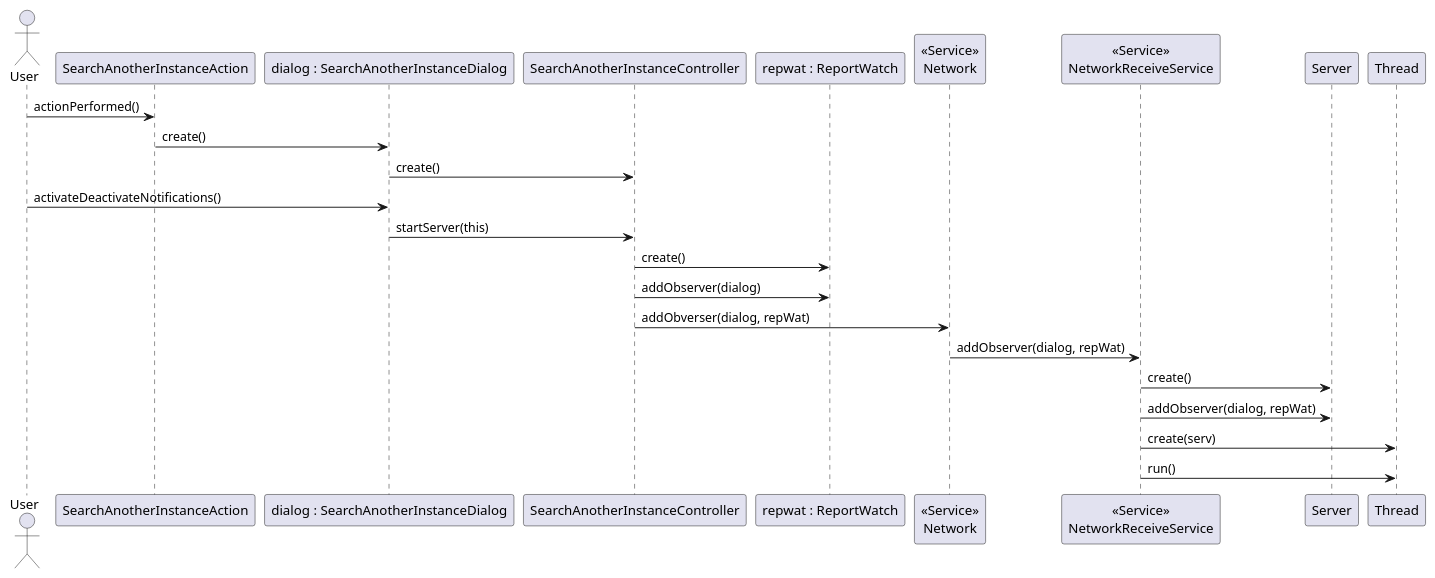
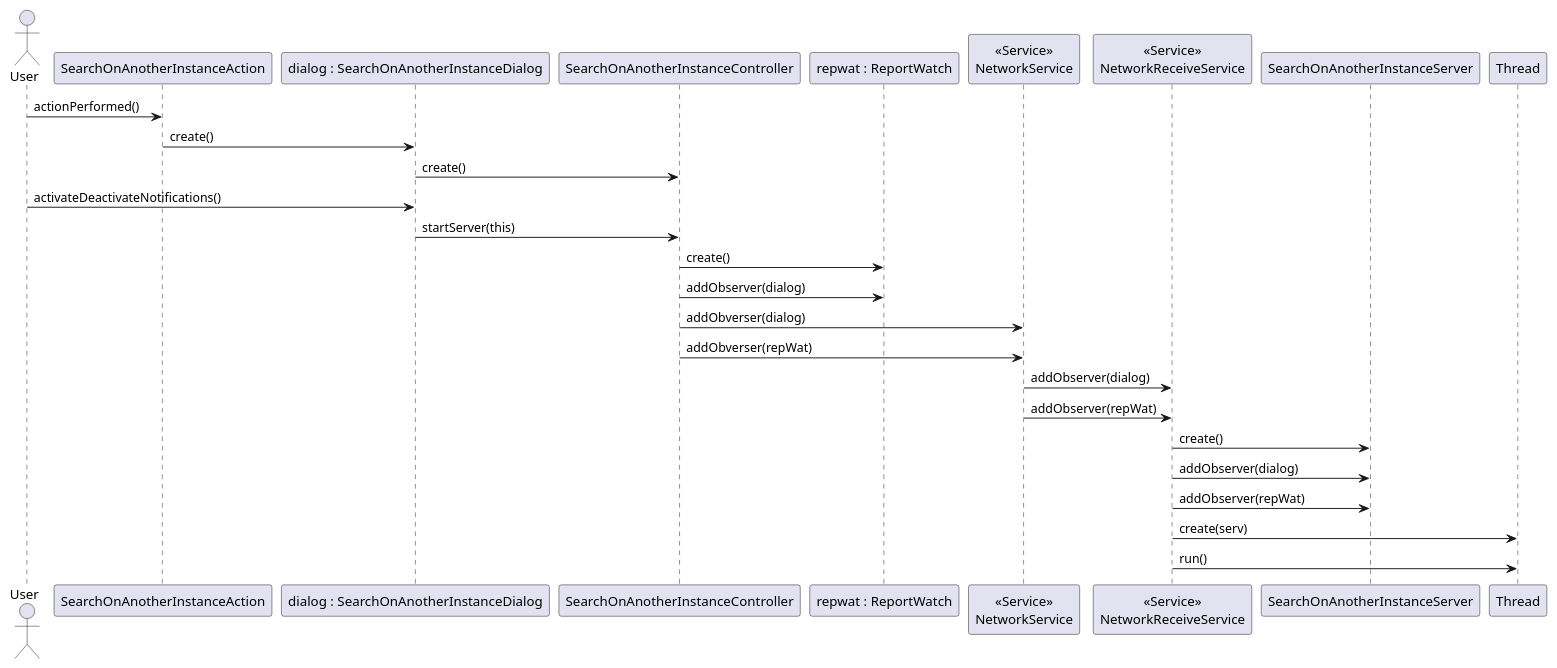
Before and after one commit to 1130348/Confusao: the diagram in src/csheets/userstories/ipc03_01/search_on_another_instance/i130419/start_server_sequence_diagram.puml, drawn with PlantUML. The commit also changed 6 other files, not shown here.

```diff
--- a/src/csheets/userstories/ipc03_01/search_on_another_instance/i130419/start_server_sequence_diagram.puml
+++ b/src/csheets/userstories/ipc03_01/search_on_another_instance/i130419/start_server_sequence_diagram.puml
@@ -1,24 +1,27 @@
 @startuml doc-files/start_server_sequence_diagram.png
 actor User as user
-participant "SearchAnotherInstanceAction" as saia
-participant "dialog : SearchAnotherInstanceDialog" as said
-participant "SearchAnotherInstanceController" as saic
+participant "SearchOnAnotherInstanceAction" as saia
+participant "dialog : SearchOnAnotherInstanceDialog" as said
+participant "SearchOnAnotherInstanceController" as saic
 participant "repwat : ReportWatch" as repWat
-participant "<<Service>>\nNetwork" as net
+participant "<<Service>>\nNetworkService" as net
 participant "<<Service>>\nNetworkReceiveService" as netServ
-participant "Server" as serv
+participant "SearchOnAnotherInstanceServer" as serv
 participant "Thread" as thr
 user -> saia : actionPerformed()
 saia -> said : create()
 said -> saic : create()
 user -> said : activateDeactivateNotifications()
 said -> saic : startServer(this)
 saic -> repWat : create()
 saic -> repWat : addObserver(dialog)
-saic -> net : addObverser(dialog, repWat)
-net -> netServ : addObserver(dialog, repWat)
+saic -> net : addObverser(dialog)
+saic -> net : addObverser(repWat)
+net -> netServ : addObserver(dialog)
+net -> netServ : addObserver(repWat)
 netServ -> serv : create()
-netServ -> serv : addObserver(dialog, repWat)
+netServ -> serv : addObserver(dialog)
+netServ -> serv : addObserver(repWat)
 netServ -> thr : create(serv)
 netServ -> thr : run()
 @enduml
```
